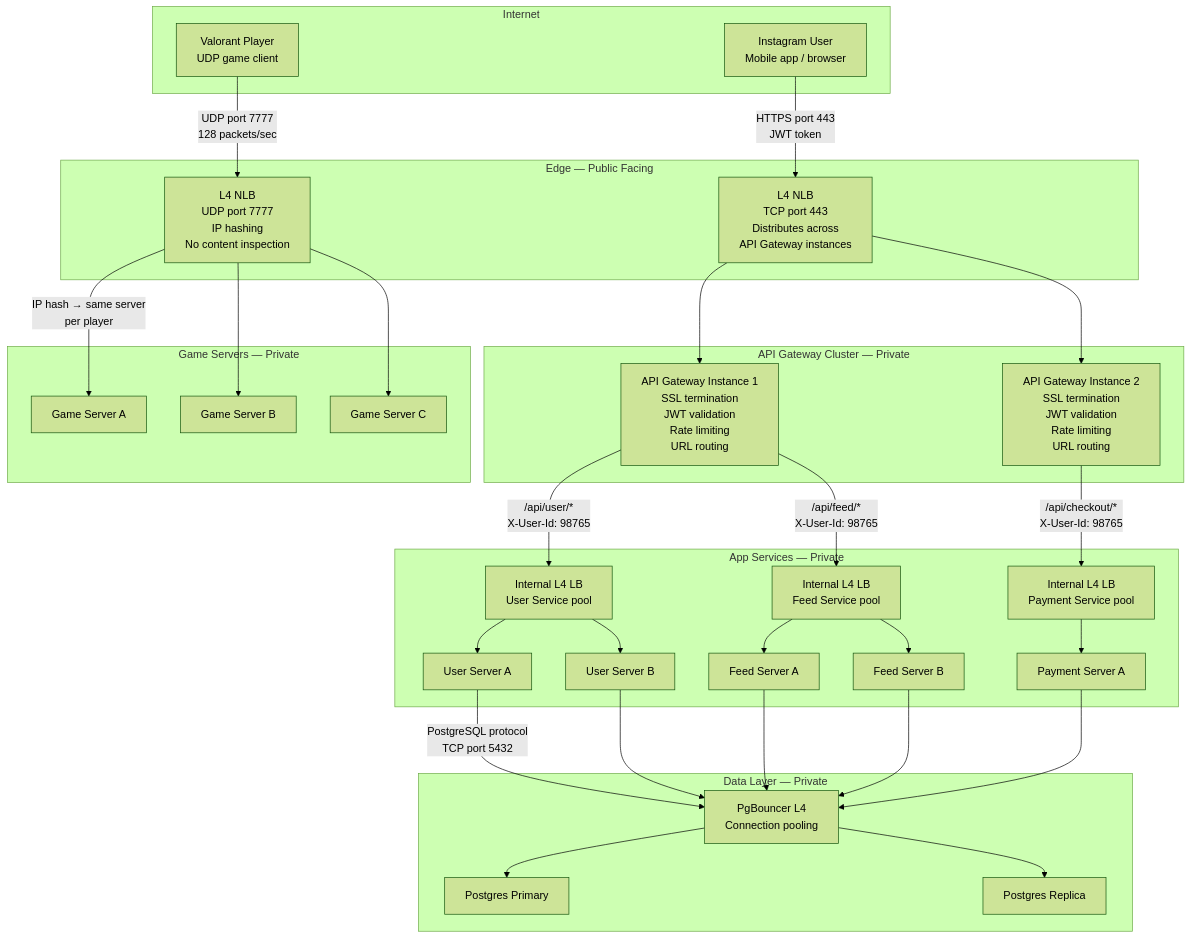
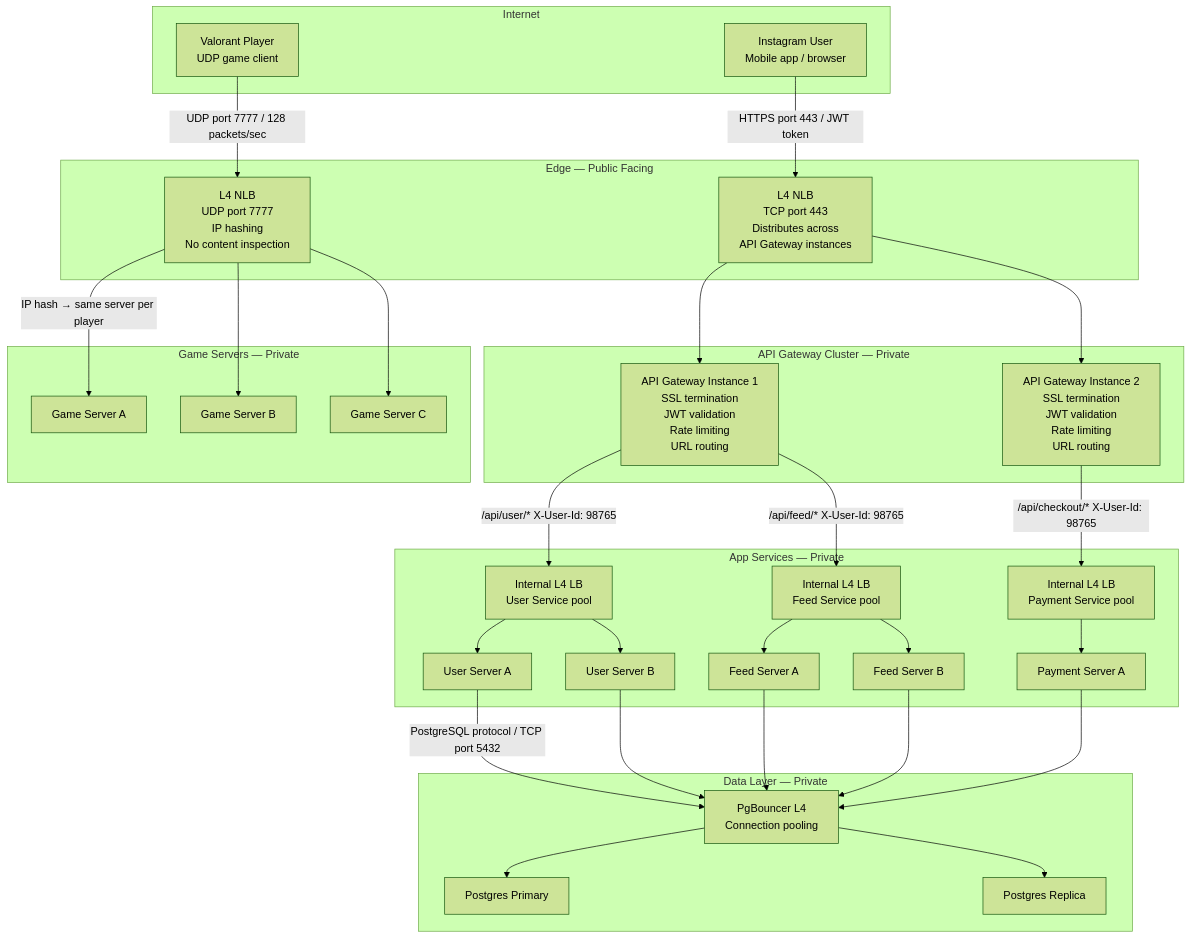
Before and after one commit to Dummy-Bug/system-design-handbook: the diagram in System Design/04-Core-Concepts/05-Scalability/02-Load-Balancing/05-Hybrid-In-Production.md, drawn with Mermaid (forest theme). The commit also changed 4 other files, not shown here.

````diff
--- a/System Design/04-Core-Concepts/05-Scalability/02-Load-Balancing/05-Hybrid-In-Production.md
+++ b/System Design/04-Core-Concepts/05-Scalability/02-Load-Balancing/05-Hybrid-In-Production.md
@@ -25,69 +25,69 @@
 ```mermaid
 flowchart TD
     subgraph Internet["Internet"]
-        Player["Valorant Player\nUDP game client"]
-        InstaUser["Instagram User\nMobile app / browser"]
+        Player["Valorant Player<br/>UDP game client"]
+        InstaUser["Instagram User<br/>Mobile app / browser"]
     end
 
     subgraph Edge["Edge — Public Facing"]
-        NLB_Game["L4 NLB\nUDP port 7777\nIP hashing\nNo content inspection"]
-        NLB_HTTP["L4 NLB\nTCP port 443\nDistributes across\nAPI Gateway instances"]
+        NLB_Game["L4 NLB<br/>UDP port 7777<br/>IP hashing<br/>No content inspection"]
+        NLB_HTTP["L4 NLB<br/>TCP port 443<br/>Distributes across<br/>API Gateway instances"]
     end
 
     subgraph GWCluster["API Gateway Cluster — Private"]
-        GW1["API Gateway Instance 1\nSSL termination\nJWT validation\nRate limiting\nURL routing"]
-        GW2["API Gateway Instance 2\nSSL termination\nJWT validation\nRate limiting\nURL routing"]
+        GW1["API Gateway Instance 1<br/>SSL termination<br/>JWT validation<br/>Rate limiting<br/>URL routing"]
+        GW2["API Gateway Instance 2<br/>SSL termination<br/>JWT validation<br/>Rate limiting<br/>URL routing"]
     end
 
     subgraph GameServers["Game Servers — Private"]
         GS1["Game Server A"]
         GS2["Game Server B"]
         GS3["Game Server C"]
     end
 
     subgraph AppServices["App Services — Private"]
-        ILB_U["Internal L4 LB\nUser Service pool"]
-        ILB_F["Internal L4 LB\nFeed Service pool"]
-        ILB_P["Internal L4 LB\nPayment Service pool"]
+        ILB_U["Internal L4 LB<br/>User Service pool"]
+        ILB_F["Internal L4 LB<br/>Feed Service pool"]
+        ILB_P["Internal L4 LB<br/>Payment Service pool"]
         US1["User Server A"]
         US2["User Server B"]
         FS1["Feed Server A"]
         FS2["Feed Server B"]
         PS1["Payment Server A"]
     end
 
     subgraph DataLayer["Data Layer — Private"]
-        PGB["PgBouncer L4\nConnection pooling"]
+        PGB["PgBouncer L4<br/>Connection pooling"]
         PG_Primary["Postgres Primary"]
         PG_Replica["Postgres Replica"]
     end
 
-    Player -->|"UDP port 7777\n128 packets/sec"| NLB_Game
-    InstaUser -->|"HTTPS port 443\nJWT token"| NLB_HTTP
+    Player -->|"UDP port 7777 / 128 packets/sec"| NLB_Game
+    InstaUser -->|"HTTPS port 443 / JWT token"| NLB_HTTP
 
-    NLB_Game -->|"IP hash → same server\nper player"| GS1
+    NLB_Game -->|"IP hash → same server per player"| GS1
     NLB_Game --> GS2
     NLB_Game --> GS3
 
     NLB_HTTP --> GW1
     NLB_HTTP --> GW2
 
-    GW1 -->|"/api/user/*\nX-User-Id: 98765"| ILB_U
-    GW1 -->|"/api/feed/*\nX-User-Id: 98765"| ILB_F
-    GW2 -->|"/api/checkout/*\nX-User-Id: 98765"| ILB_P
+    GW1 -->|"/api/user/* X-User-Id: 98765"| ILB_U
+    GW1 -->|"/api/feed/* X-User-Id: 98765"| ILB_F
+    GW2 -->|"/api/checkout/* X-User-Id: 98765"| ILB_P
 
     ILB_U --> US1
     ILB_U --> US2
     ILB_F --> FS1
     ILB_F --> FS2
     ILB_P --> PS1
 
-    US1 -->|"PostgreSQL protocol\nTCP port 5432"| PGB
+    US1 -->|"PostgreSQL protocol / TCP port 5432"| PGB
     US2 --> PGB
     FS1 --> PGB
     FS2 --> PGB
     PS1 --> PGB
 
     PGB --> PG_Primary
     PGB --> PG_Replica
 ```
````
